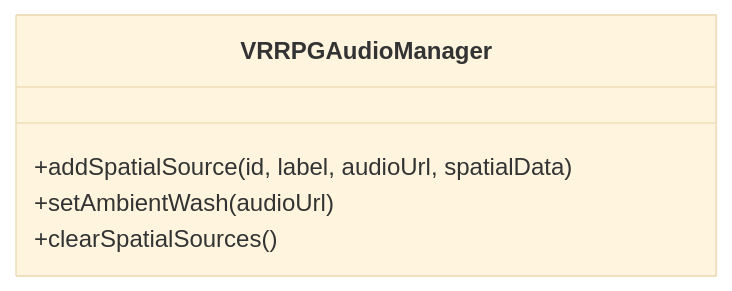
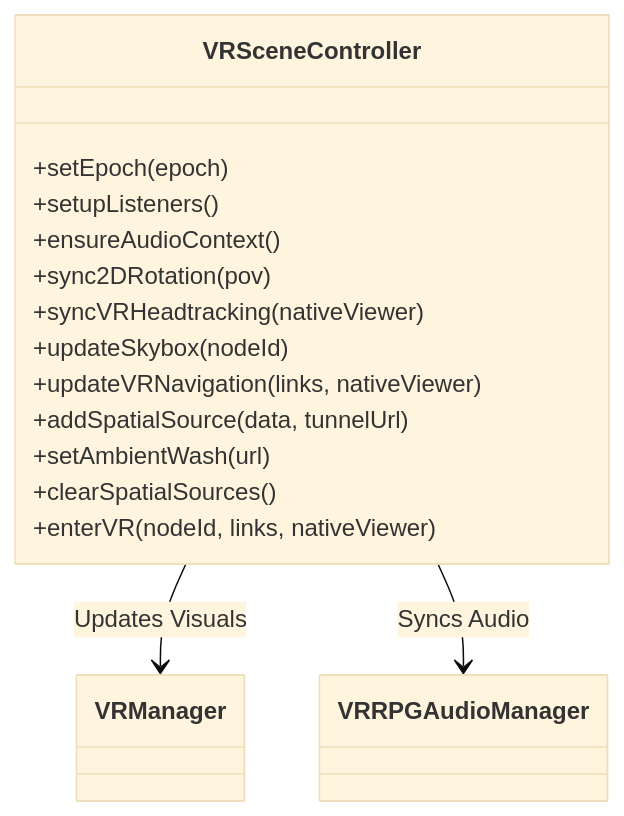
One commit to DrMarcoGilardi/BRANI-360 changed diagram 39 of 40 in docs/CLIENT_DOCS.md. Above: the diagram before and after it, drawn with Mermaid (base theme). The commit also changed other lines of this file and 14 other files, not shown here.

````diff
--- a/docs/CLIENT_DOCS.md
+++ b/docs/CLIENT_DOCS.md
@@ -2175,8 +2341,18 @@
 ```mermaid
 classDiagram
-class VRRPGAudioManager{
-+addSpatialSource(id, label, audioUrl, spatialData)
-+setAmbientWash(audioUrl)
+VRSceneController --> VRManager : Updates Visuals
+VRSceneController --> VRRPGAudioManager : Syncs Audio
+class VRSceneController{
++setEpoch(epoch)
++setupListeners()
++ensureAudioContext()
++sync2DRotation(pov)
++syncVRHeadtracking(nativeViewer)
++updateSkybox(nodeId)
++updateVRNavigation(links, nativeViewer)
++addSpatialSource(data, tunnelUrl)
++setAmbientWash(url)
 +clearSpatialSources()
++enterVR(nodeId, links, nativeViewer)
 }
 ```
````
